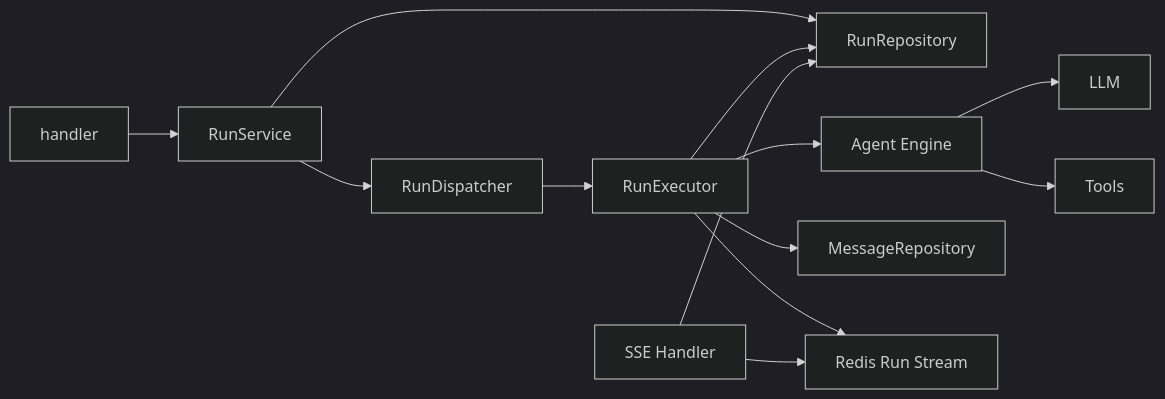
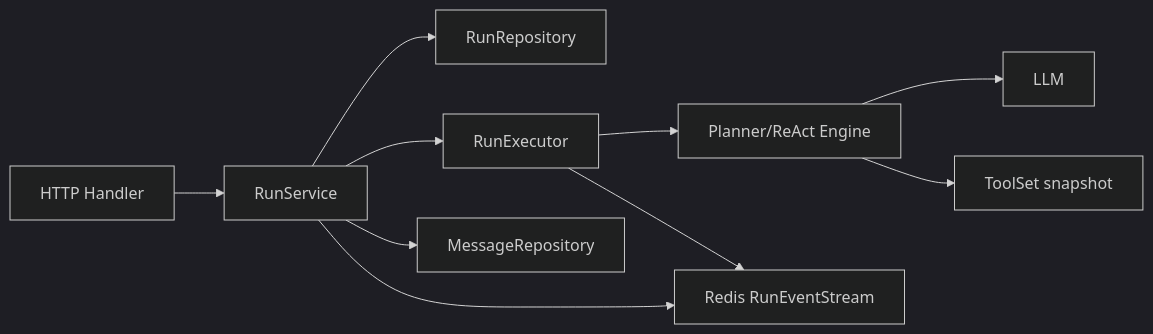
The diagram in docs/refactor-run/01-architecture.md (Huang131/go-manus), drawn with Mermaid (dark theme) before and after one commit. The commit also changed other lines of this file and 13 other files, not shown here.

Commit message:
docs(refactor): define run session architecture roadmap

````diff
--- a/docs/refactor-run/01-architecture.md
+++ b/docs/refactor-run/01-architecture.md
@@ -106,15 +37,12 @@
 ```mermaid
 flowchart LR
-    H[handler] --> RS[RunService]
-    RS --> RR[RunRepository]
-    RS --> RD[RunDispatcher]
-    RD --> RX[RunExecutor]
-    RX --> E[Agent Engine]
+    H[HTTP Handler] --> S[RunService]
+    S --> R[RunRepository]
+    S --> X[RunExecutor]
+    X --> E[Planner/ReAct Engine]
     E --> L[LLM]
-    E --> T[Tools]
-    RX --> RR
-    RX --> M[MessageRepository]
-    RX --> R[Redis Run Stream]
-    S[SSE Handler] --> R
-    S --> RR
+    E --> T[ToolSet snapshot]
+    S --> M[MessageRepository]
+    X --> ES[Redis RunEventStream]
+    S --> ES
 ```
````
